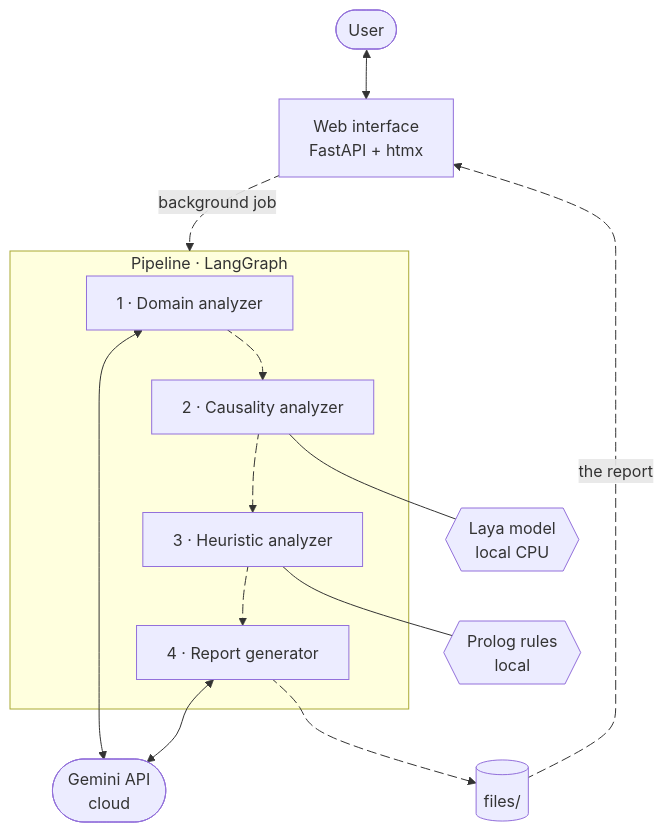
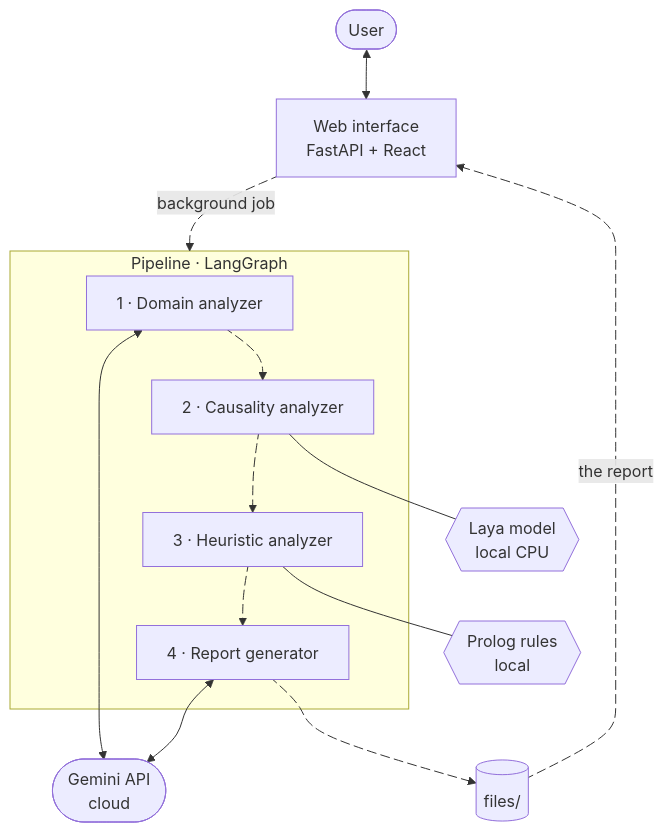
The diagram in docs/development.md (6MicheleStingo9/AREA), drawn with Mermaid before and after one commit. The commit also changed other lines of this file and 3 other files, not shown here.

````diff
--- a/docs/development.md
+++ b/docs/development.md
@@ -62,24 +77,24 @@
 ```mermaid
 ---
 config:
   layout: dagre
 ---
 flowchart TB
-    U(["User"]) <--> W["Web interface<br/>FastAPI + htmx"]
+    U(["User"]) <--> W["Web interface<br/>FastAPI + React"]
     W e1@-- "background job" --> P
     subgraph P["Pipeline · LangGraph"]
         D["1 · Domain analyzer"] e2@--> C["2 · Causality analyzer"] e3@--> H["3 · Heuristic analyzer"] e4@--> R["4 · Report generator"]
     end
     D <--> G(["Gemini API<br/>cloud"])
     R <--> G
     C --- L{{"Laya model<br/>local CPU"}}
     H --- PL{{"Prolog rules<br/>local"}}
     R e5@--> F[("files/")]
     F e6@-- "the report" --> W
     e1@{ animation: slow }
     e2@{ animation: slow }
     e3@{ animation: slow }
     e4@{ animation: slow }
     e5@{ animation: slow }
     e6@{ animation: slow }
 ```
````
